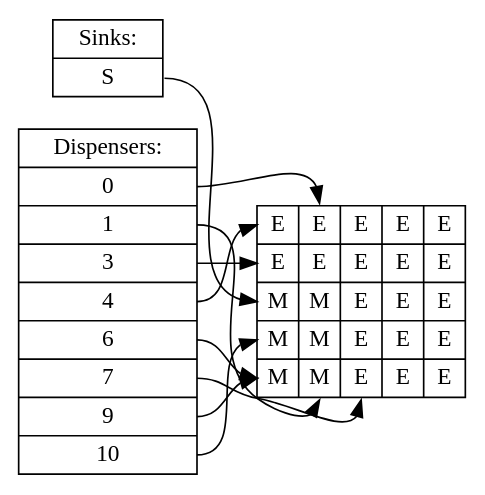
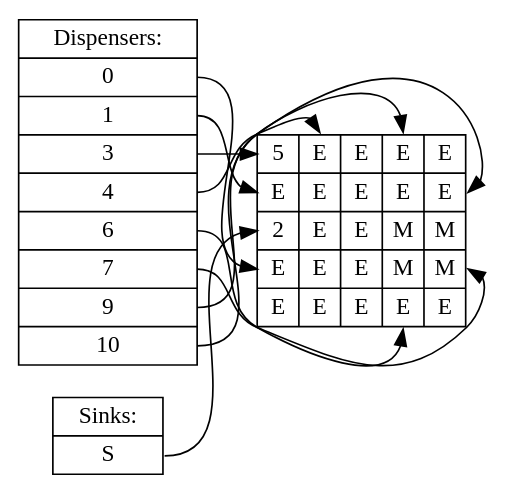
Before and after one commit to jiegec/OnePassSynthesisDMFB: the diagram in solutions/PCR/time7.dot, drawn with Graphviz. The commit also changed 31 other files, not shown here.

```diff
--- a/solutions/PCR/time7.dot
+++ b/solutions/PCR/time7.dot
@@ -1,14 +1,14 @@
 digraph step {rankdir=LR;node [shape=record,fontname="Inconsolata"];
-dispenser [label="Dispensers:|<d1>0|<d13>1|<d18>3|<d0>4|<d14>6|<d12>7|<d15>9|<d16>10"];
+dispenser [label="Dispensers:|<d16>0|<d18>1|<d0>3|<d1>4|<d11>6|<d8>7|<d6>9|<d3>10"];
 sink [label="Sinks:|<s17>S"];
-board [label="{<f00>E|<f01>E|<f02>E|<f03>E|<f04>E}|{<f10>E|<f11>E|<f12>E|<f13>E|<f14>E}|{<f20>M|<f21>M|<f22>E|<f23>E|<f24>E}|{<f30>M|<f31>M|<f32>E|<f33>E|<f34>E}|{<f40>M|<f41>M|<f42>E|<f43>E|<f44>E}"];
-dispenser:d1 -> board:f01
-dispenser:d13 -> board:f41
+board [label="{<f00>5|<f01>E|<f02>E|<f03>E|<f04>E}|{<f10>E|<f11>E|<f12>E|<f13>E|<f14>E}|{<f20>2|<f21>E|<f22>E|<f23>M|<f24>M}|{<f30>E|<f31>E|<f32>E|<f33>M|<f34>M}|{<f40>E|<f41>E|<f42>E|<f43>E|<f44>E}"];
+dispenser:d16 -> board:f30
 dispenser:d18 -> board:f10
 dispenser:d0 -> board:f00
-dispenser:d14 -> board:f40
-dispenser:d12 -> board:f42
-dispenser:d15 -> board:f40
-dispenser:d16 -> board:f30
+dispenser:d1 -> board:f01
+dispenser:d11 -> board:f43
+dispenser:d8 -> board:f34
+dispenser:d6 -> board:f14
+dispenser:d3 -> board:f03
 sink:s17 -> board:f20
 }
```
